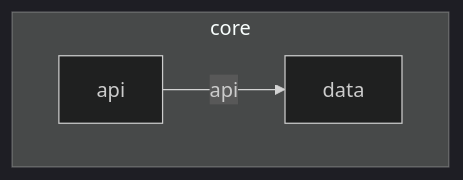
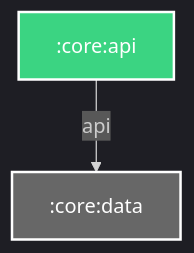
The diagram in core/api/README.md (Dussim/cv-app), drawn with Mermaid before and after one commit. The commit also changed 34 other files, not shown here.

````diff
--- a/core/api/README.md
+++ b/core/api/README.md
@@ -3,14 +3,16 @@
 ```mermaid
 %%{
   init: {
     'theme': 'dark'
   }
 }%%
 
 graph TB
-  subgraph core
-    api
-    data
-  end
-  api -- api --> data
+  :core:api -- api --> :core:data
+
+classDef android-library fill:#3BD482,stroke:#fff,stroke-width:2px,color:#fff;
+classDef unknown fill:#676767,stroke:#fff,stroke-width:2px,color:#fff;
+class :core:api android-library
+class :core:data unknown
+
 ```
````
